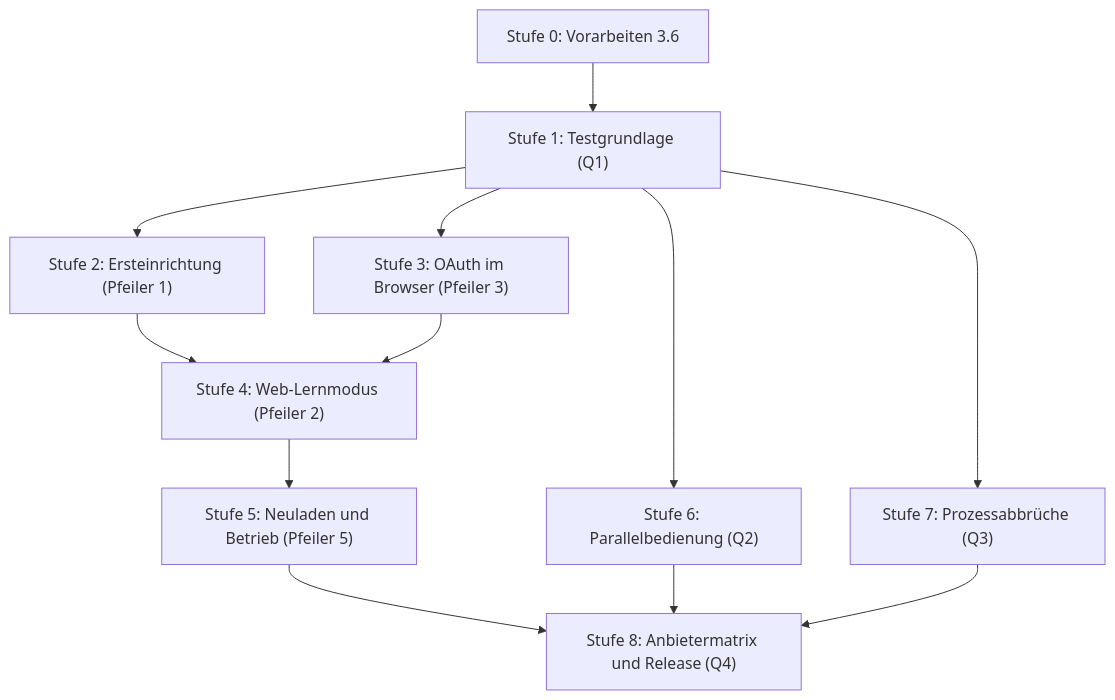
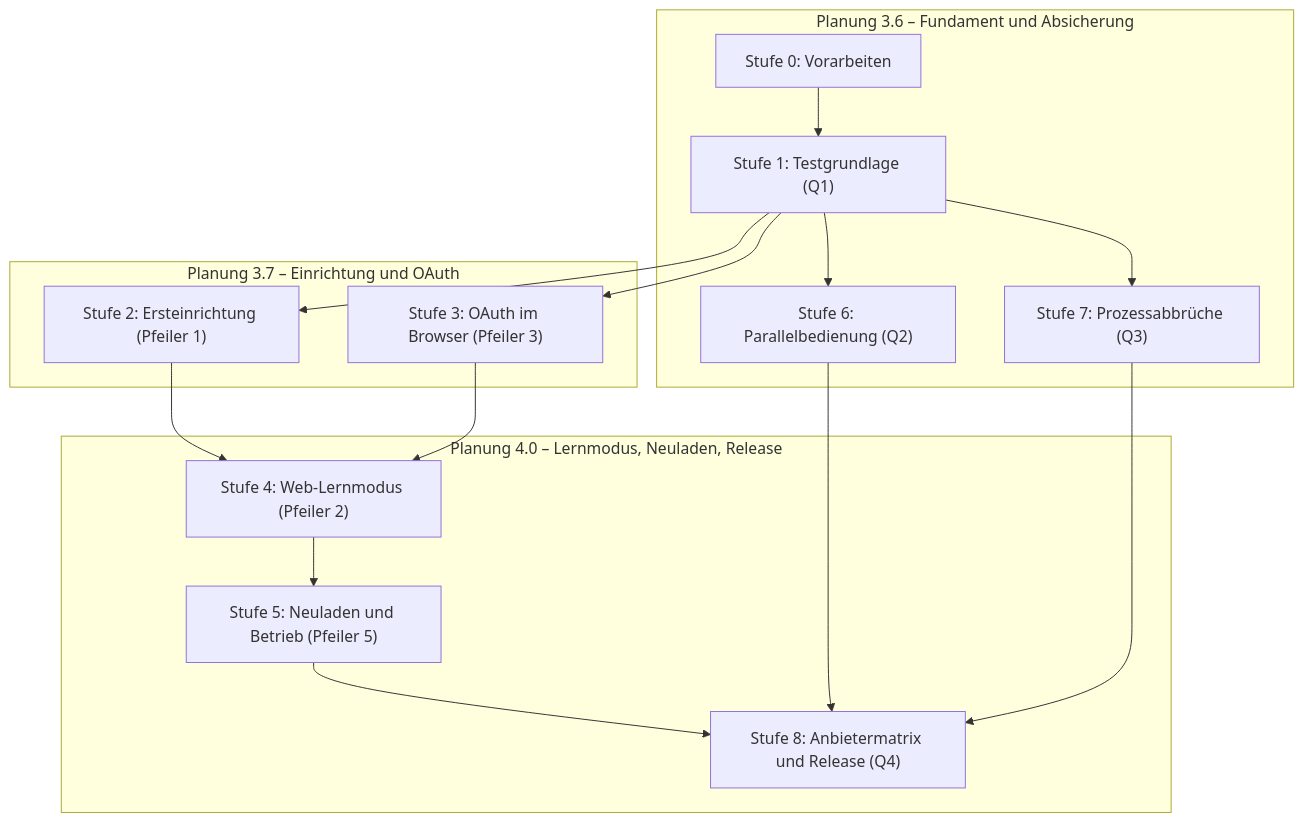
One commit to Teichhofer/Mailhelp changed the second of 2 diagrams in docs/Planung-4.0.md. Above: the diagram before and after it, drawn with Mermaid. The commit also changed other lines of this file and 6 other files, not shown here.

````diff
--- a/docs/Planung-4.0.md
+++ b/docs/Planung-4.0.md
@@ -292,14 +222,22 @@
 ```mermaid
 flowchart TD
-    V["Stufe 0: Vorarbeiten 3.6"] --> T["Stufe 1: Testgrundlage (Q1)"]
-    T --> E["Stufe 2: Ersteinrichtung (Pfeiler 1)"]
-    T --> O["Stufe 3: OAuth im Browser (Pfeiler 3)"]
-    E --> L["Stufe 4: Web-Lernmodus (Pfeiler 2)"]
+    subgraph V36["Planung 3.6 – Fundament und Absicherung"]
+        V["Stufe 0: Vorarbeiten"] --> T["Stufe 1: Testgrundlage (Q1)"]
+        T --> P["Stufe 6: Parallelbedienung (Q2)"]
+        T --> A["Stufe 7: Prozessabbrüche (Q3)"]
+    end
+    subgraph V37["Planung 3.7 – Einrichtung und OAuth"]
+        E["Stufe 2: Ersteinrichtung (Pfeiler 1)"]
+        O["Stufe 3: OAuth im Browser (Pfeiler 3)"]
+    end
+    subgraph V40["Planung 4.0 – Lernmodus, Neuladen, Release"]
+        L["Stufe 4: Web-Lernmodus (Pfeiler 2)"] --> R["Stufe 5: Neuladen und Betrieb (Pfeiler 5)"]
+        R --> M["Stufe 8: Anbietermatrix und Release (Q4)"]
+    end
+    T --> E
+    T --> O
+    E --> L
     O --> L
-    L --> R["Stufe 5: Neuladen und Betrieb (Pfeiler 5)"]
-    T --> P["Stufe 6: Parallelbedienung (Q2)"]
-    T --> A["Stufe 7: Prozessabbrüche (Q3)"]
-    R --> M["Stufe 8: Anbietermatrix und Release (Q4)"]
     P --> M
     A --> M
 ```
````
